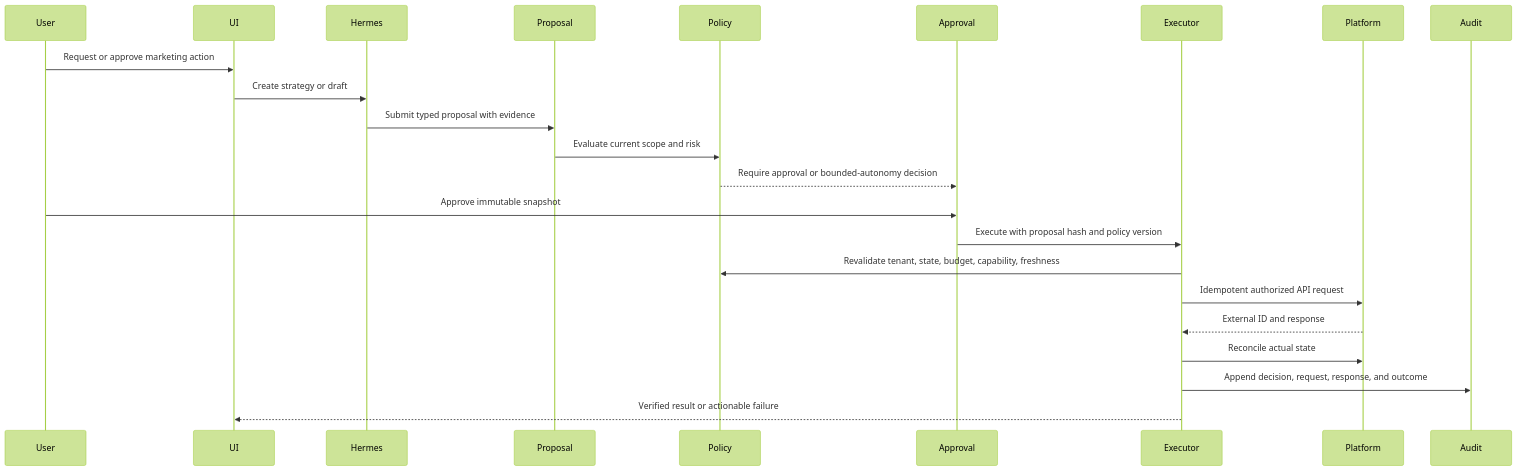
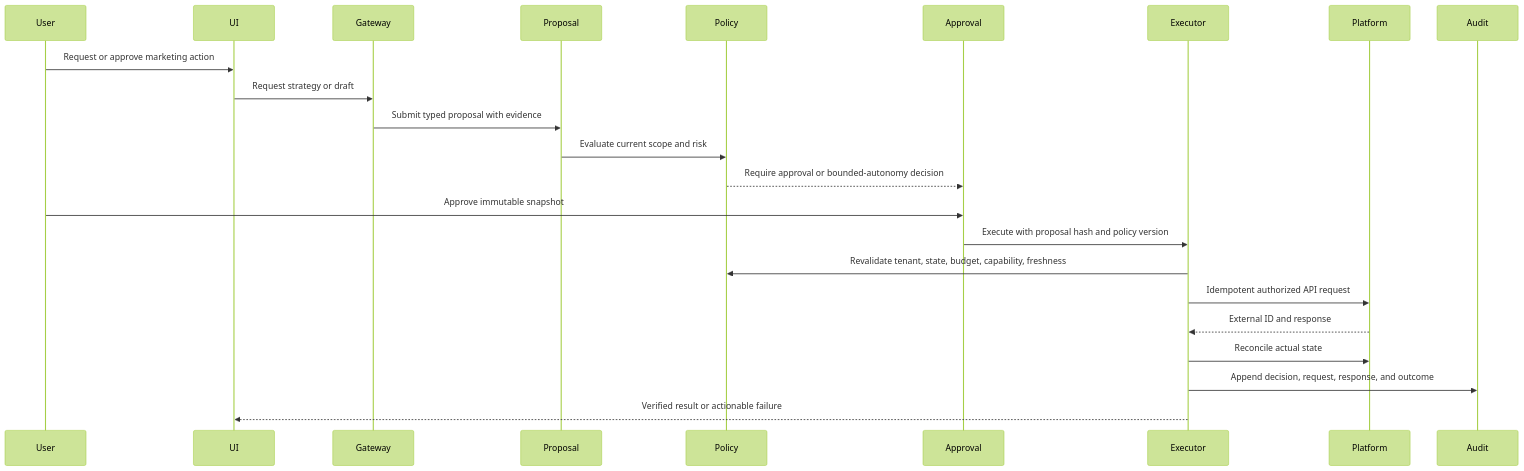
One commit to rspeciale0519/agent-ads changed the second of 2 diagrams in docs/development/architecture/system-architecture.md. Above: the diagram before and after it, drawn with Mermaid (forest theme). The commit also changed other lines of this file and 33 other files, not shown here.

````diff
--- a/docs/development/architecture/system-architecture.md
+++ b/docs/development/architecture/system-architecture.md
@@ -111,26 +137,26 @@
 ```mermaid
 sequenceDiagram
     participant User
     participant UI
-    participant Hermes
+    participant Gateway
     participant Proposal
     participant Policy
     participant Approval
     participant Executor
     participant Platform
     participant Audit
 
     User->>UI: Request or approve marketing action
-    UI->>Hermes: Create strategy or draft
-    Hermes->>Proposal: Submit typed proposal with evidence
+    UI->>Gateway: Request strategy or draft
+    Gateway->>Proposal: Submit typed proposal with evidence
     Proposal->>Policy: Evaluate current scope and risk
     Policy-->>Approval: Require approval or bounded-autonomy decision
     User->>Approval: Approve immutable snapshot
     Approval->>Executor: Execute with proposal hash and policy version
     Executor->>Policy: Revalidate tenant, state, budget, capability, freshness
     Executor->>Platform: Idempotent authorized API request
     Platform-->>Executor: External ID and response
     Executor->>Platform: Reconcile actual state
     Executor->>Audit: Append decision, request, response, and outcome
     Executor-->>UI: Verified result or actionable failure
 ```
````
